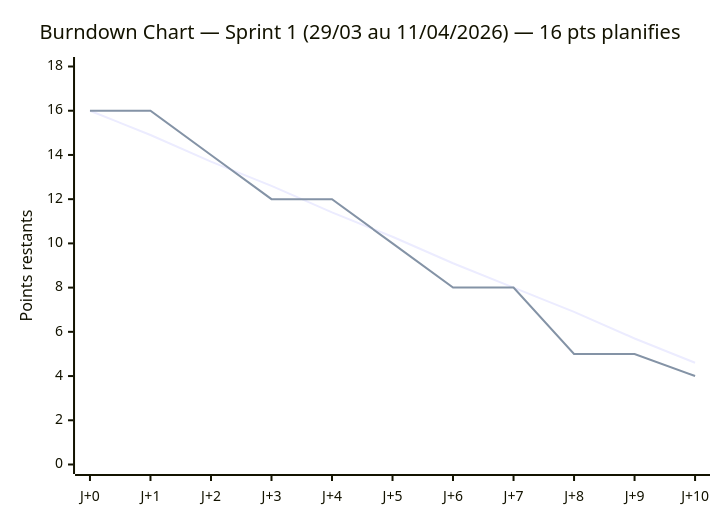
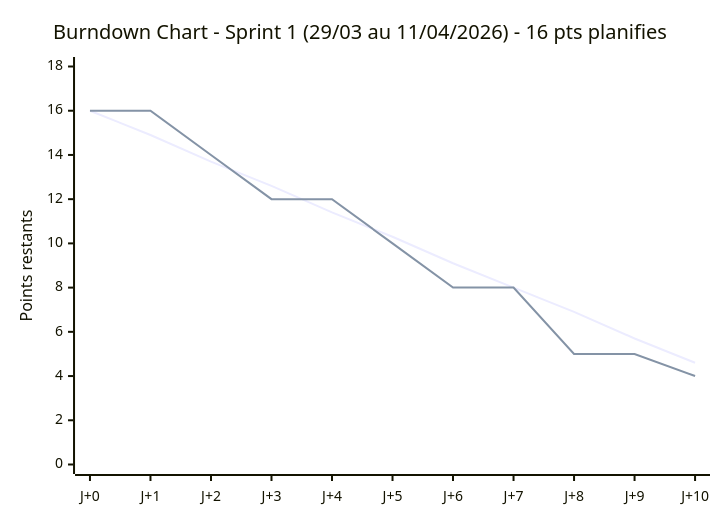
One commit to POWLAIR/management-projet-numerique changed diagram 11 of 12 in docs md/Dossier_Projet_B2B_FINAL.md. Above: the diagram before and after it, drawn with Mermaid. The commit also changed other lines of this file, not shown here.

````diff
--- a/docs md/Dossier_Projet_B2B_FINAL.md
+++ b/docs md/Dossier_Projet_B2B_FINAL.md
@@ -825,8 +825,8 @@
 ```mermaid
 xychart-beta
-    title "Burndown Chart — Sprint 1 (29/03 au 11/04/2026) — 16 pts planifies"
+    title "Burndown Chart - Sprint 1 (29/03 au 11/04/2026) - 16 pts planifies"
     x-axis ["J+0", "J+1", "J+2", "J+3", "J+4", "J+5", "J+6", "J+7", "J+8", "J+9", "J+10"]
     y-axis "Points restants" 0 --> 18
     line [16, 14.9, 13.7, 12.6, 11.4, 10.3, 9.1, 8.0, 6.9, 5.7, 4.6]
     line [16, 16, 14, 12, 12, 10, 8, 8, 5, 5, 4]
 ```
````
